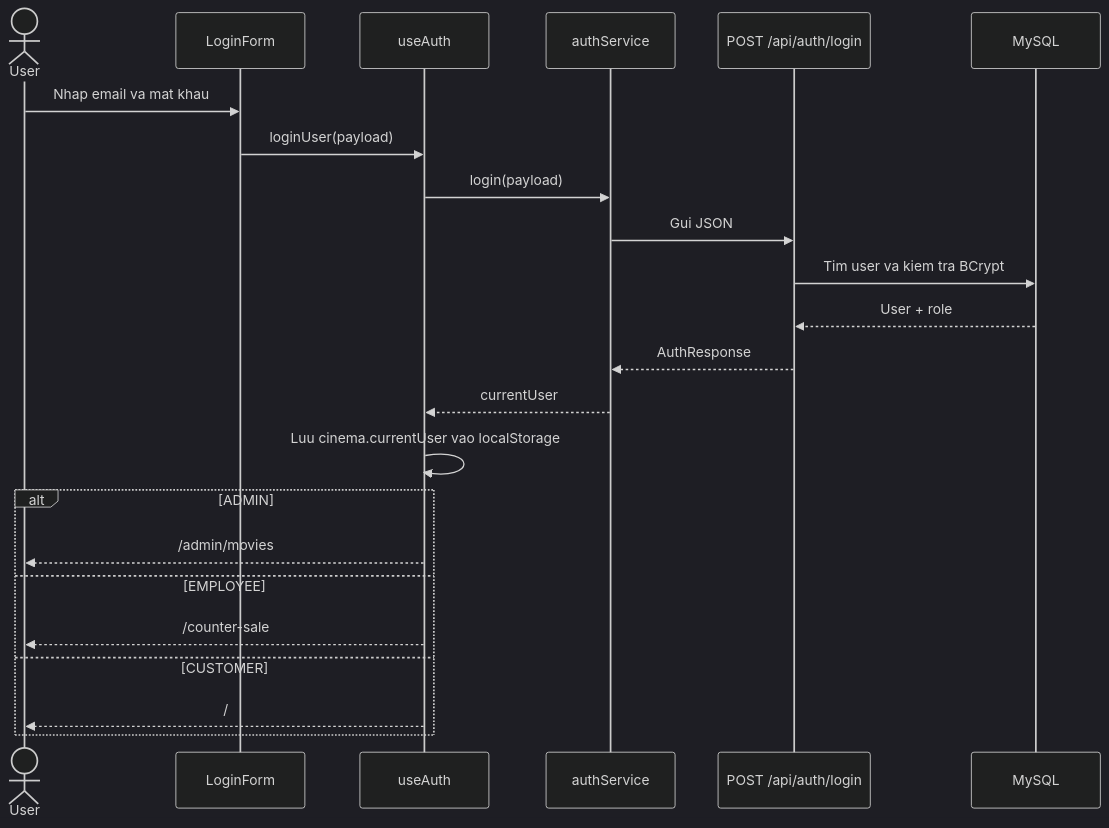
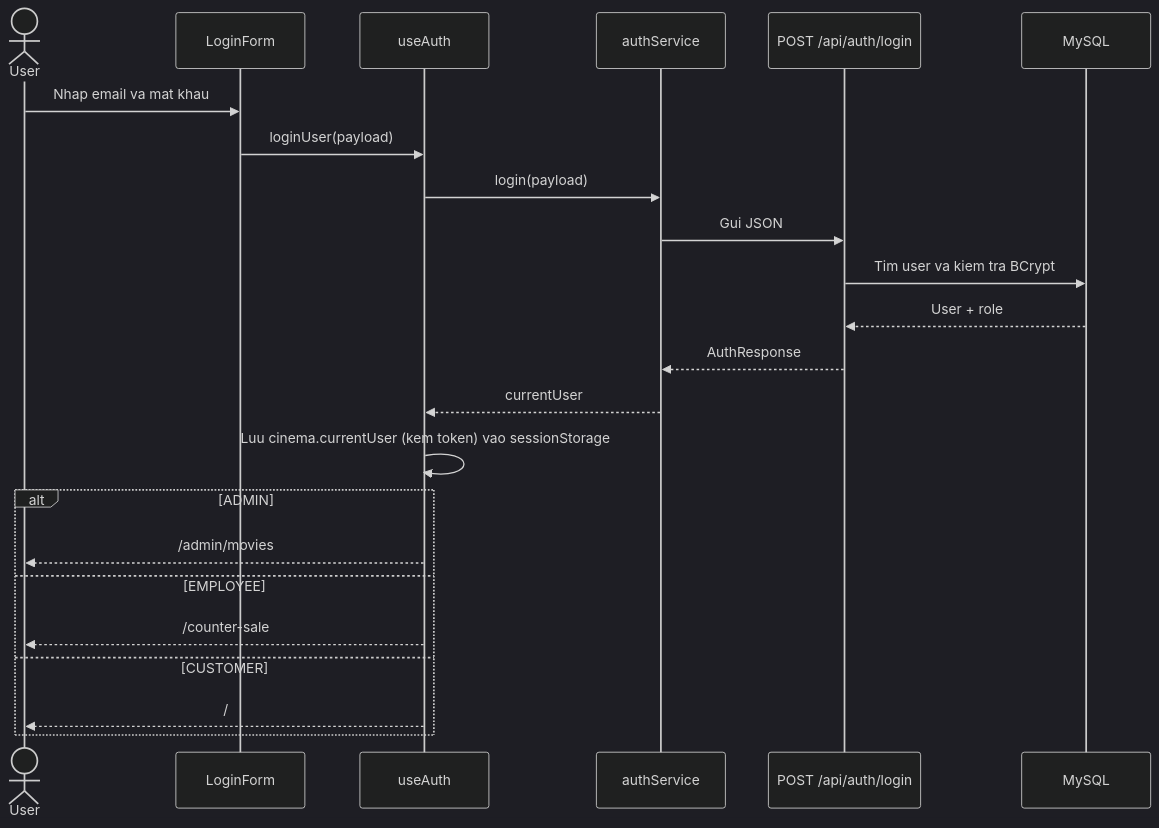
One commit to haidang188/cinema-management changed the second of 2 diagrams in cinema-management/README.md. Above: the diagram before and after it, drawn with Mermaid (dark theme). The commit also changed other lines of this file and 29 other files, not shown here.

````diff
--- a/cinema-management/README.md
+++ b/cinema-management/README.md
@@ -96,26 +96,26 @@
 ```mermaid
 sequenceDiagram
     actor User
     participant Form as LoginForm
     participant Hook as useAuth
     participant API as authService
     participant BE as POST /api/auth/login
     participant DB as MySQL
 
     User->>Form: Nhap email va mat khau
     Form->>Hook: loginUser(payload)
     Hook->>API: login(payload)
     API->>BE: Gui JSON
     BE->>DB: Tim user va kiem tra BCrypt
     DB-->>BE: User + role
     BE-->>API: AuthResponse
     API-->>Hook: currentUser
-    Hook->>Hook: Luu cinema.currentUser vao localStorage
+    Hook->>Hook: Luu cinema.currentUser (kem token) vao sessionStorage
     alt ADMIN
         Hook-->>User: /admin/movies
     else EMPLOYEE
         Hook-->>User: /counter-sale
     else CUSTOMER
         Hook-->>User: /
     end
 ```
````
